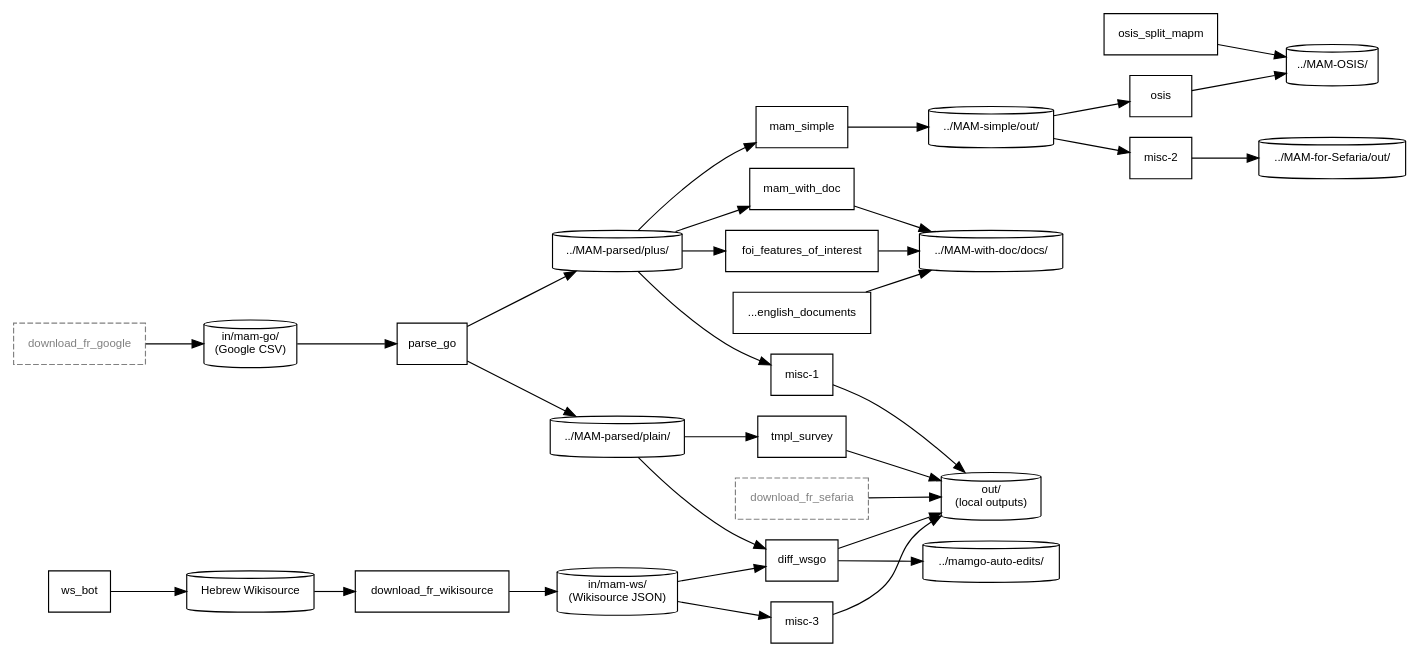
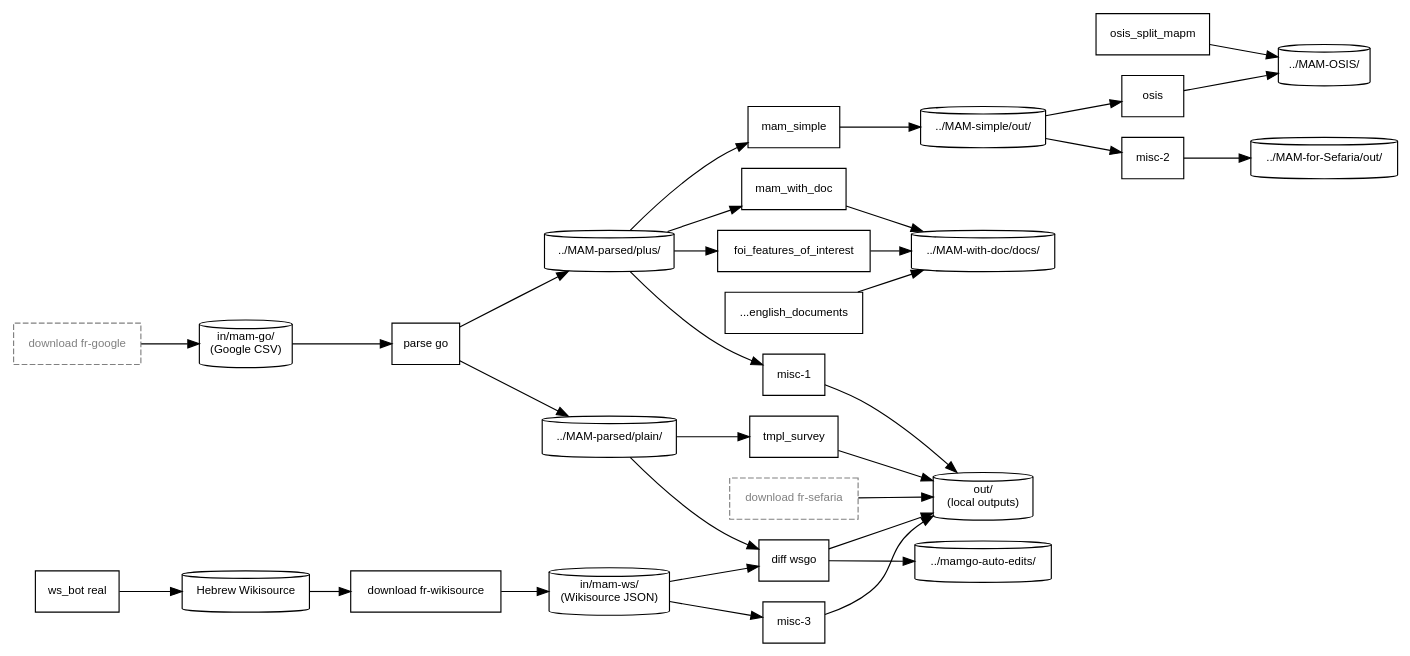
The diagram in doc/process-documentation/pipeline.dot (bdenckla/MAM-basics), drawn with Graphviz before and after one commit. The commit also changed 11 other files, not shown here.

First line of the commit message:
Unify mam4sef and AJF generation under main_mam4sef

```diff
--- a/doc/process-documentation/pipeline.dot
+++ b/doc/process-documentation/pipeline.dot
@@ -1,90 +1,90 @@
 digraph mam_pipeline {
     // Generated by py/main_pipeline_graph.py from structured pipeline data.
     // Do not edit this file by hand; edit py/pipeline_graph/pipeline_graph_spec.py instead.
     rankdir=LR;
     node [fontname="Helvetica", fontsize=10];
     edge [fontname="Helvetica", fontsize=9];
 
     // ── Data stores ──
     node [shape=cylinder];
     ds_go_csv        [label="in/mam-go/\n(Google CSV)"];
     ds_parsed_plus   [label="../MAM-parsed/plus/"];
     ds_parsed_plain  [label="../MAM-parsed/plain/"];
     ds_ws            [label="in/mam-ws/\n(Wikisource JSON)"];
     src_ws_live      [label="Hebrew Wikisource"];
     ds_simple        [label="../MAM-simple/out/"];
     ds_with_doc      [label="../MAM-with-doc/docs/"];
     ds_sefaria       [label="../MAM-for-Sefaria/out/"];
     ds_osis          [label="../MAM-OSIS/"];
     ds_out           [label="out/\n(local outputs)"];
     ds_mamgo_auto    [label="../mamgo-auto-edits/"];
 
     // ── External prerequisites (not part of _STEPS) ──
     node [shape=box, style=dashed, color=gray, fontcolor=gray];
-    download_go      [label="download_fr_google"];
-    download_sef     [label="download_fr_sefaria"];
-    download_ws      [label="download_fr_wikisource", style="", color="", fontcolor=""];
+    download_go      [label="download fr-google"];
+    download_sef     [label="download fr-sefaria"];
+    download_ws      [label="download fr-wikisource", style="", color="", fontcolor=""];
 
     // ── Pipeline steps ──
     node [shape=box, style="", color="", fontcolor=""];
-    parse_go         [label="parse_go"];
+    parse_go         [label="parse go"];
     foi              [label="foi_features_of_interest"];
     mam_with_doc     [label="mam_with_doc"];
     tmpl_survey      [label="tmpl_survey"];
     mam_simple       [label="mam_simple"];
-    misc_2           [label="misc-2", tooltip="mam4sef\nmam4ajf"];
+    misc_2           [label="misc-2"];
     osis             [label="osis"];
-    misc_1           [label="misc-1", tooltip="decnreub\nmultimark\nwordlist\nexplicit_xataf\ndiff_ctr_vs_mam"];
-    diff_wsgo        [label="diff_wsgo"];
-    misc_3           [label="misc-3", tooltip="parse_ws\nws_bot_proto"];
-    ws_bot           [label="ws_bot"];
+    misc_1           [label="misc-1", tooltip="decnreub\nmultimark\nwordlist\nexplicit_xataf\ndiff ctr-vs-mam"];
+    diff_wsgo        [label="diff wsgo"];
+    misc_3           [label="misc-3", tooltip="parse ws\nws_bot proto"];
+    ws_bot           [label="ws_bot real"];
     gen_docs         [label="...english_documents"];
     osis_split       [label="osis_split_mapm"];
 
     // ── Edges ──
 
     // Google pipeline
     download_go     -> ds_go_csv;
     ds_go_csv       -> parse_go;
     parse_go        -> ds_parsed_plus;
     parse_go        -> ds_parsed_plain;
 
     // MAM-parsed consumers
     ds_parsed_plus  -> foi;
     ds_parsed_plus  -> mam_with_doc;
     ds_parsed_plus  -> mam_simple;
     ds_parsed_plus  -> misc_1;
     ds_parsed_plain -> tmpl_survey;
     ds_parsed_plain -> diff_wsgo;
 
     // MAM-with-doc outputs
     foi             -> ds_with_doc;
     mam_with_doc    -> ds_with_doc;
     gen_docs        -> ds_with_doc;
 
     // MAM-simple pipeline
     mam_simple      -> ds_simple;
     ds_simple       -> misc_2;
     ds_simple       -> osis;
     misc_2          -> ds_sefaria;
     osis            -> ds_osis;
     osis_split      -> ds_osis;
 
     // Local out/ outputs
     tmpl_survey     -> ds_out;
     misc_1          -> ds_out;
     diff_wsgo       -> ds_out;
     diff_wsgo       -> ds_mamgo_auto;
     misc_3          -> ds_out;
 
     // Wikisource pipeline
     src_ws_live     -> download_ws;
     download_ws     -> ds_ws;
     ds_ws           -> diff_wsgo;
     ds_ws           -> misc_3;
     ws_bot          -> src_ws_live;
 
     // Sefaria download (standalone)
     download_sef    -> ds_out;
 
 }
```
